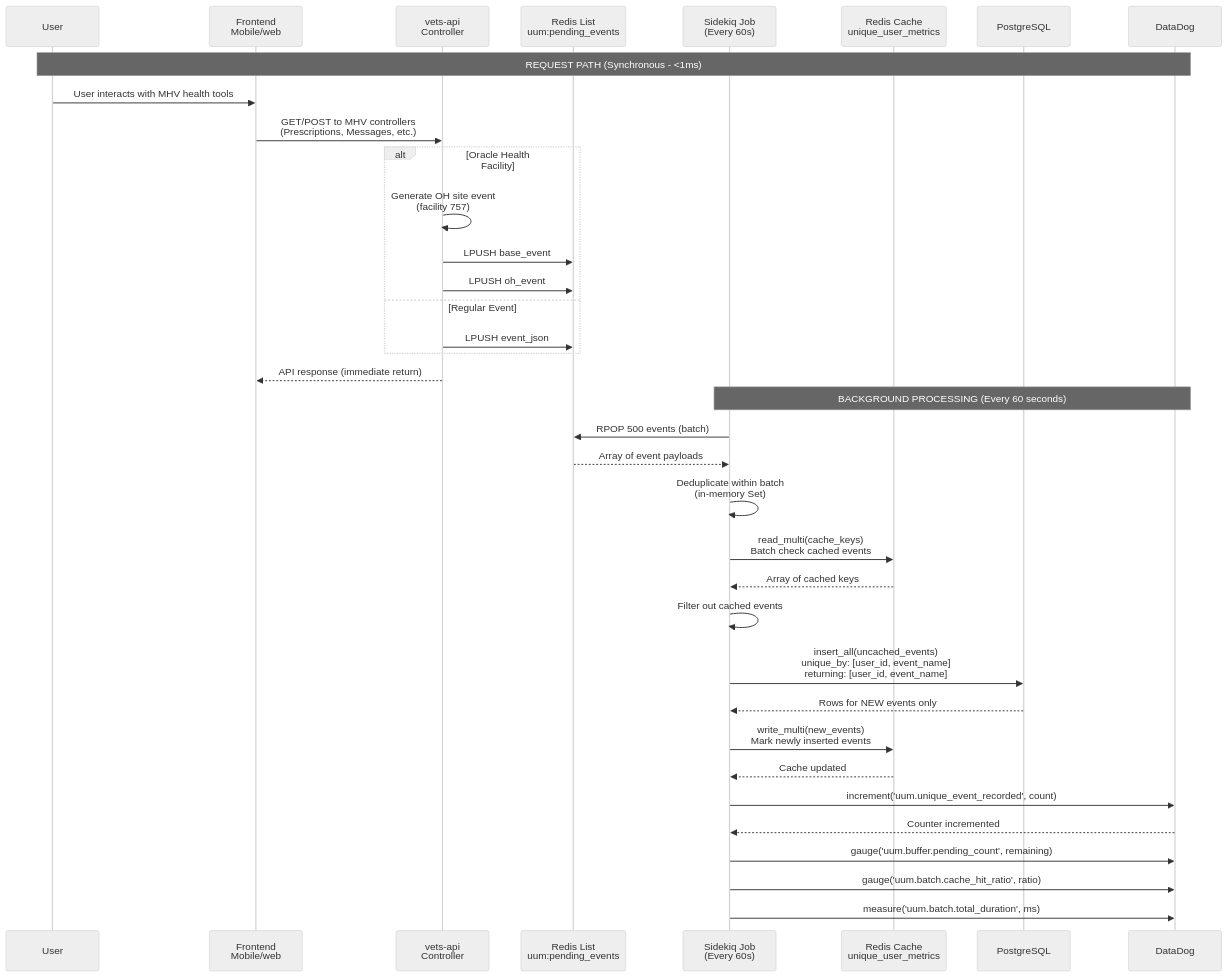
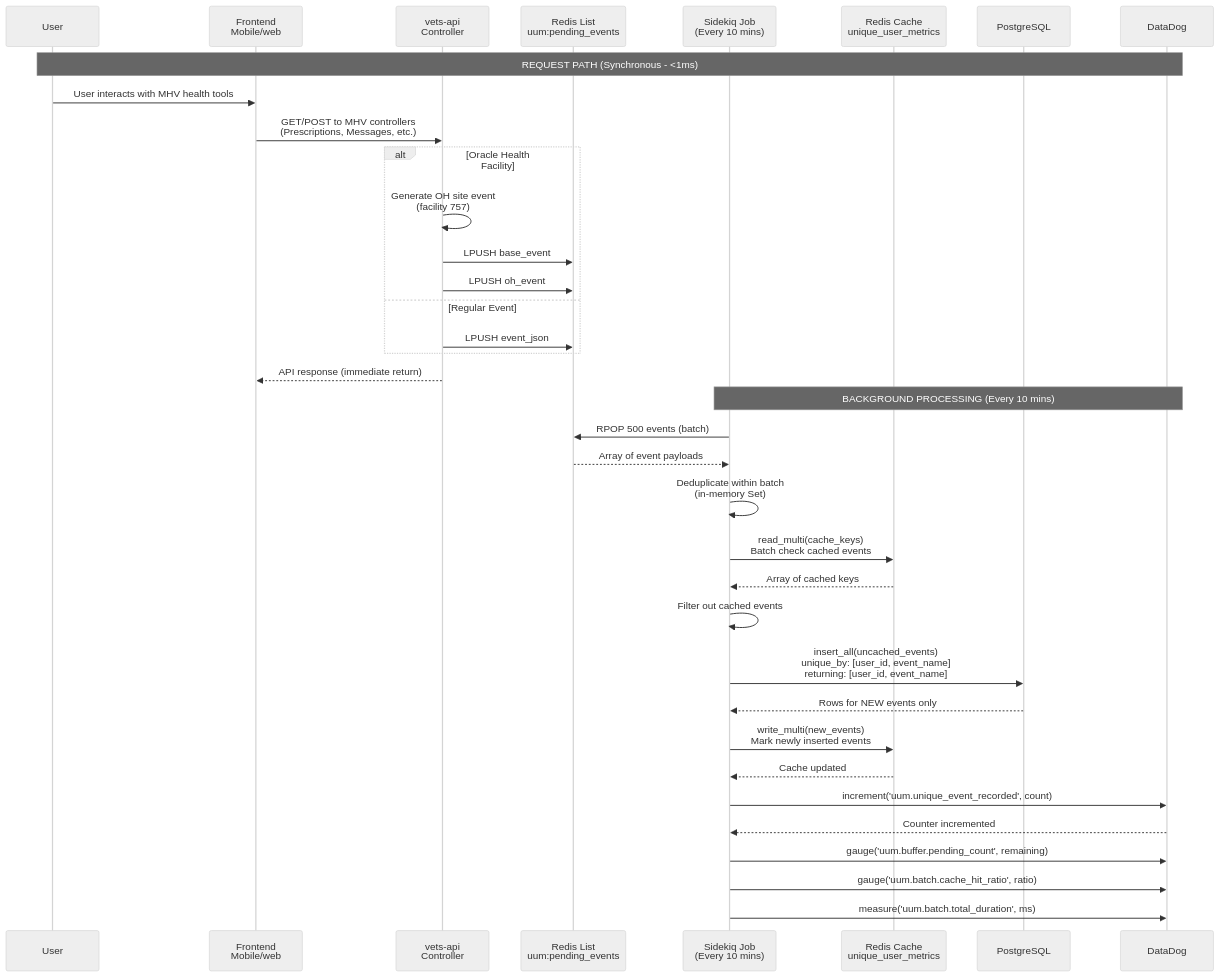
The fourth of 4 diagrams in products/health-care/patient-portal/mhv/2025-08-unique-user-metrics/design/README.md (department-of-veterans-affairs/va.gov-team), drawn with Mermaid (neutral theme) before and after one commit. The commit also changed other lines of this file, not shown here.

First line of the commit message:
Revise job frequency and add sizing analysis

````diff
--- a/products/health-care/patient-portal/mhv/2025-08-unique-user-metrics/design/README.md
+++ b/products/health-care/patient-portal/mhv/2025-08-unique-user-metrics/design/README.md
@@ -217,49 +217,49 @@
 ```mermaid
 sequenceDiagram
     participant User
     participant Frontend as Frontend<br/>Mobile/web
     participant API as vets-api<br/>Controller
     participant RedisBuffer as Redis List<br/>uum:pending_events
-    participant Job as Sidekiq Job<br/>(Every 60s)
+    participant Job as Sidekiq Job<br/>(Every 10 mins)
     participant RedisCache as Redis Cache<br/>unique_user_metrics
     participant Database as PostgreSQL
     participant DataDog
 
     Note over User,DataDog: REQUEST PATH (Synchronous - <1ms)
     User->>Frontend: User interacts with MHV health tools
     Frontend->>API: GET/POST to MHV controllers<br/>(Prescriptions, Messages, etc.)
     
     alt Oracle Health Facility
         API->>API: Generate OH site event<br/>(facility 757)
         API->>RedisBuffer: LPUSH base_event
         API->>RedisBuffer: LPUSH oh_event
     else Regular Event
         API->>RedisBuffer: LPUSH event_json
     end
     
     API-->>Frontend: API response (immediate return)
     
-    Note over Job,DataDog: BACKGROUND PROCESSING (Every 60 seconds)
+    Note over Job,DataDog: BACKGROUND PROCESSING (Every 10 mins)
     Job->>RedisBuffer: RPOP 500 events (batch)
     RedisBuffer-->>Job: Array of event payloads
     
     Job->>Job: Deduplicate within batch<br/>(in-memory Set)
     
     Job->>RedisCache: read_multi(cache_keys)<br/>Batch check cached events
     RedisCache-->>Job: Array of cached keys
     
     Job->>Job: Filter out cached events
     
     Job->>Database: insert_all(uncached_events)<br/>unique_by: [user_id, event_name]<br/>returning: [user_id, event_name]
     Database-->>Job: Rows for NEW events only
     
     Job->>RedisCache: write_multi(new_events)<br/>Mark newly inserted events
     RedisCache-->>Job: Cache updated
     
     Job->>DataDog: increment('uum.unique_event_recorded', count)
     DataDog-->>Job: Counter incremented
     
     Job->>DataDog: gauge('uum.buffer.pending_count', remaining)
     Job->>DataDog: gauge('uum.batch.cache_hit_ratio', ratio)
     Job->>DataDog: measure('uum.batch.total_duration', ms)
 ```
````
